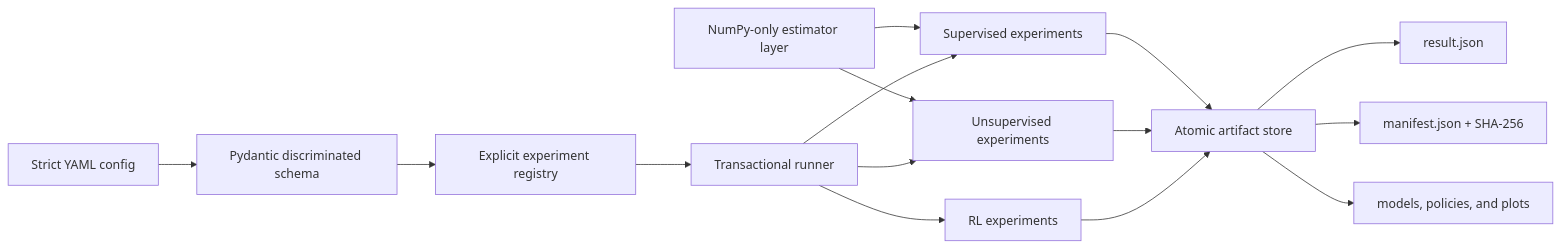
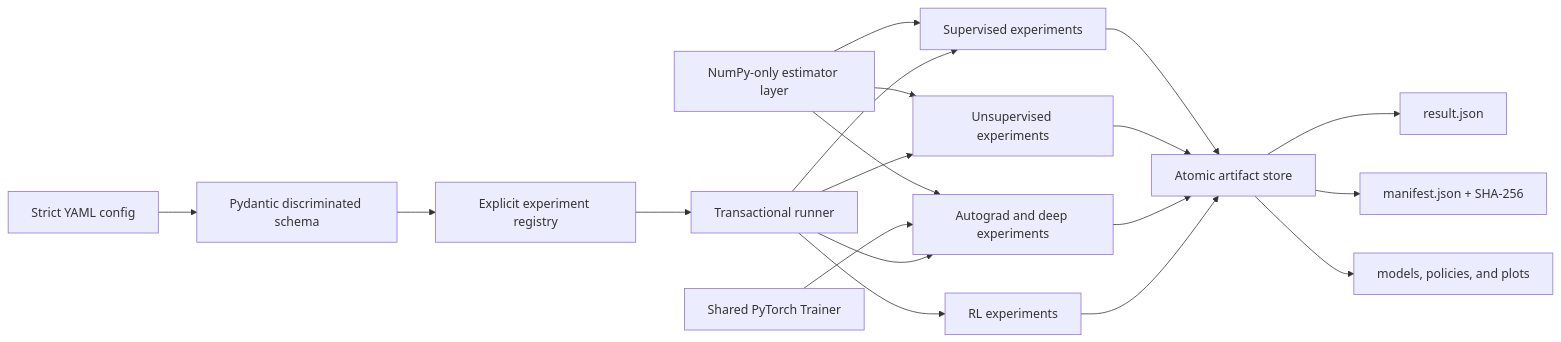
One commit to srgangaram-swe/learning-systems-atlas changed the diagram in README.md. Above: the diagram before and after it, drawn with Mermaid. The commit also changed other lines of this file and 66 other files, not shown here.

````diff
--- a/README.md
+++ b/README.md
@@ -220,17 +279,21 @@
 ```mermaid
 flowchart LR
     YAML[Strict YAML config] --> ADAPTER[Pydantic discriminated schema]
     ADAPTER --> REGISTRY[Explicit experiment registry]
     REGISTRY --> RUNNER[Transactional runner]
     NUMPY[NumPy-only estimator layer] --> SUP[Supervised experiments]
     NUMPY --> UNSUP[Unsupervised experiments]
+    NUMPY --> DEEP[Autograd and deep experiments]
+    TORCH[Shared PyTorch Trainer] --> DEEP
     RUNNER --> SUP[Supervised experiments]
     RUNNER --> UNSUP[Unsupervised experiments]
+    RUNNER --> DEEP
     RUNNER --> RL[RL experiments]
     SUP --> STORE[Atomic artifact store]
     UNSUP --> STORE
+    DEEP --> STORE
     RL --> STORE
     STORE --> RESULT[result.json]
     STORE --> MANIFEST[manifest.json + SHA-256]
     STORE --> EVIDENCE[models, policies, and plots]
 ```
````
